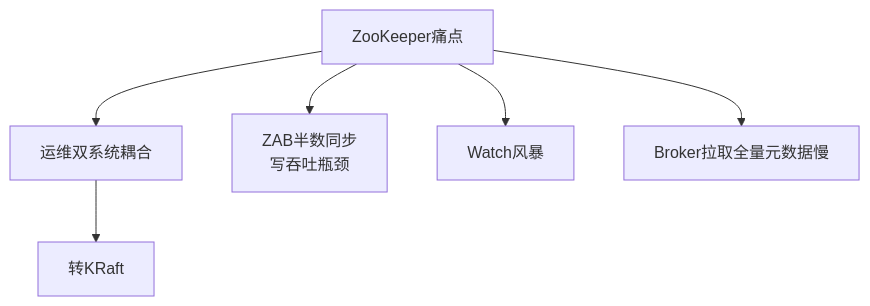
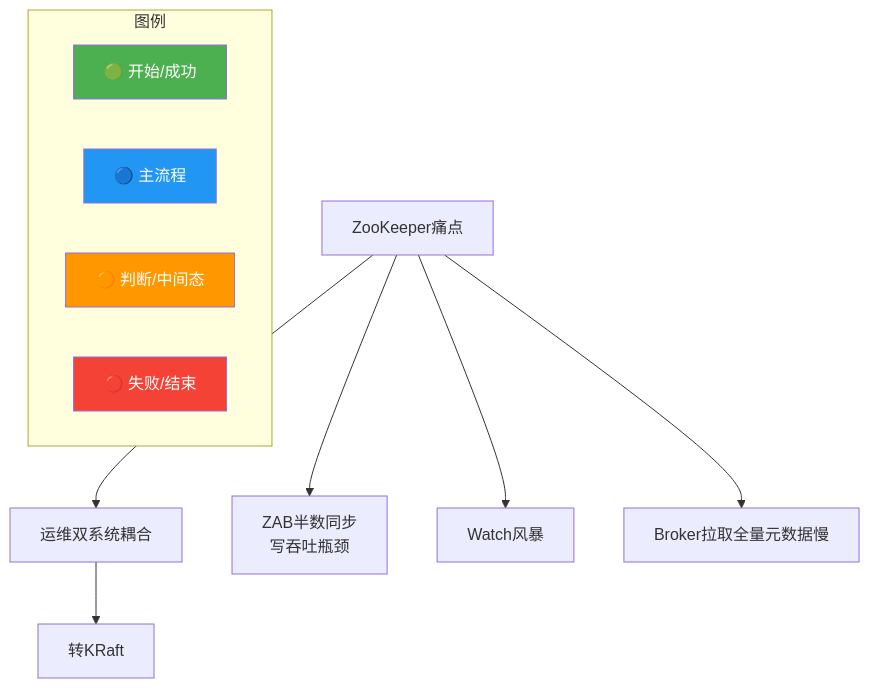
Before and after one commit to SunArthur86/interview-2026: the diagram in questions/middleware/mq-045.md, drawn with Mermaid. The commit also changed other lines of this file and 3180 other files, not shown here.

First line of the commit message:
Mermaid颜色增强99% + 面试频率分类(高频1571/中频1115/低频461)

````diff
--- a/questions/middleware/mq-045.md
+++ b/questions/middleware/mq-045.md
@@ -79,8 +80,27 @@
 ```mermaid
 flowchart TD
+    classDef start fill:#4CAF50,color:#fff
+    classDef process fill:#2196F3,color:#fff
+    classDef decision fill:#FF9800,color:#fff
+    classDef special fill:#9C27B0,color:#fff
+    classDef error fill:#f44336,color:#fff
+    classDef info fill:#607D8B,color:#fff
+    class KRaft start
+    class Ops process
+    class Pull decision
+    class Watch special
+    class ZAB error
+    class ZK info
+    class br start
     ZK[ZooKeeper痛点] --> Ops[运维双系统耦合]
     ZK --> ZAB[ZAB半数同步<br/>写吞吐瓶颈]
     ZK --> Watch[Watch风暴]
     ZK --> Pull[Broker拉取全量元数据慢]
     Ops --> KRaft[转KRaft]
+    subgraph Legend["图例"]
+        L1["🟢 开始/成功"]:::start
+        L2["🔵 主流程"]:::process
+        L3["🟠 判断/中间态"]:::decision
+        L4["🔴 失败/结束"]:::error
+    end
 ```
````
